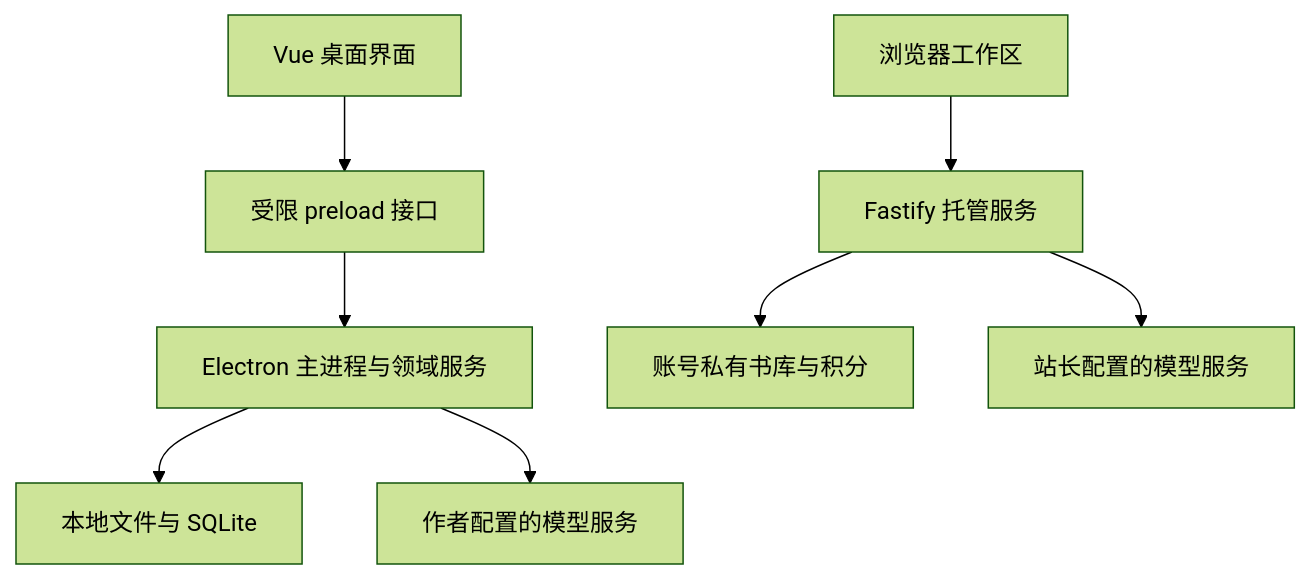
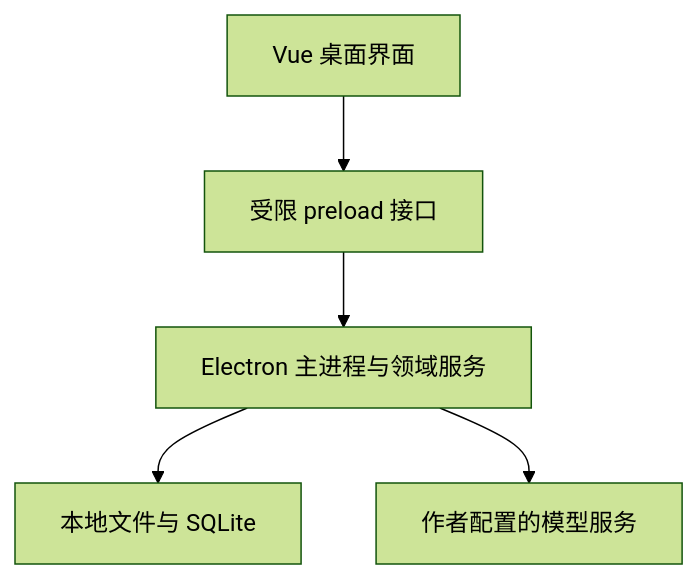
One commit to jianghaisi/lanjian changed the second of 2 diagrams in README.md. Above: the diagram before and after it, drawn with Mermaid (forest theme). The commit also changed other lines of this file and 13 other files, not shown here.

Commit message:
docs: 用真实桌面截图重写项目介绍 [skip ci]

```diff
--- a/README.md
+++ b/README.md
@@ -58,10 +127,7 @@
 ~~~mermaid
 flowchart TB
   UI[Vue 桌面界面] --> Bridge[受限 preload 接口]
   Bridge --> Main[Electron 主进程与领域服务]
   Main --> Local[本地文件与 SQLite]
   Main --> Model[作者配置的模型服务]
-  Browser[浏览器工作区] --> API[Fastify 托管服务]
-  API --> Account[账号私有书库与积分]
-  API --> HostedModel[站长配置的模型服务]
 ~~~
```
